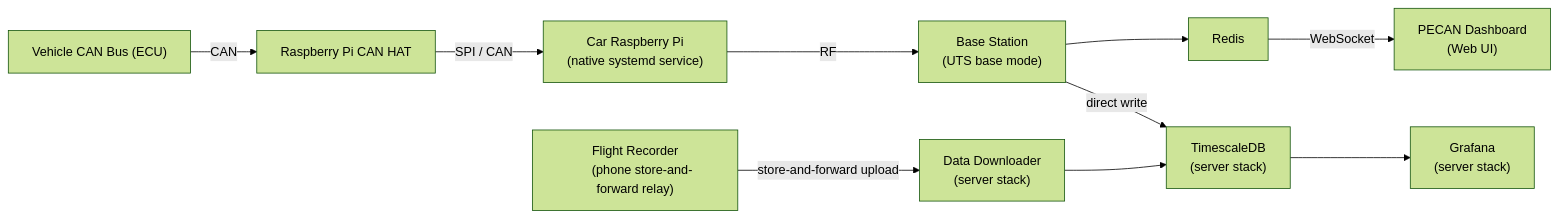
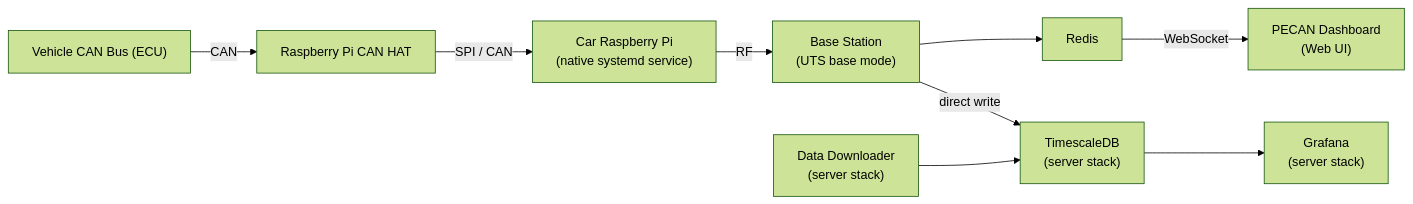
The diagram in README.md (Western-Formula-Racing/data-acquisition), drawn with Mermaid (forest theme) before and after one commit. The commit also changed other lines of this file and 6 other files, not shown here.

Commit message:
Document the custom MCP2515 CAN hat and deprecate the unused Flight Recorder.

````diff
--- a/README.md
+++ b/README.md
@@ -38,30 +38,27 @@
 ```mermaid
 flowchart LR
     ECU["Vehicle CAN Bus (ECU)"]
     HAT["Raspberry Pi CAN HAT"]
     EDGE["Car Raspberry Pi
     (native systemd service)"]
     BASE["Base Station
     (UTS base mode)"]
     REDIS["Redis"]
     DASH["PECAN Dashboard
     (Web UI)"]
     TIMESERIES["TimescaleDB
     (server stack)"]
     GRAFANA["Grafana
     (server stack)"]
-    FLIGHTREC["Flight Recorder
-    (phone store-and-forward relay)"]
     DOWNLOADER["Data Downloader
     (server stack)"]
 
     ECU -->|CAN| HAT
     HAT -->|SPI / CAN| EDGE
     EDGE -->|RF| BASE
     BASE --> REDIS
     REDIS -->|WebSocket| DASH
     BASE -->|direct write| TIMESERIES
     TIMESERIES --> GRAFANA
-    FLIGHTREC -->|store-and-forward upload| DOWNLOADER
     DOWNLOADER --> TIMESERIES
 ```
````
